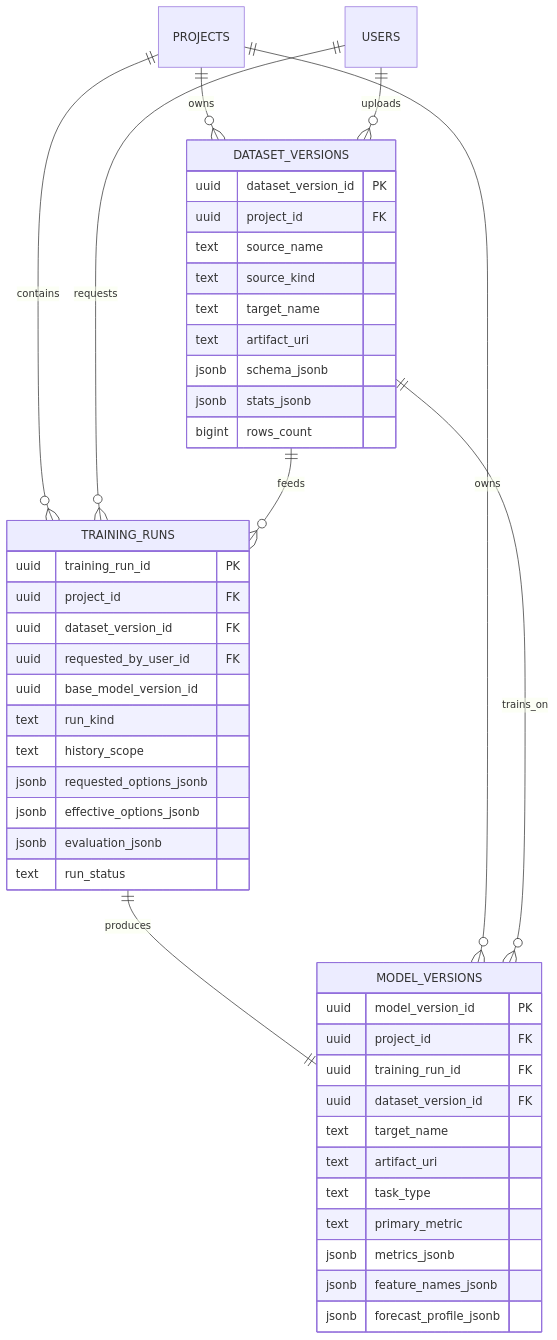
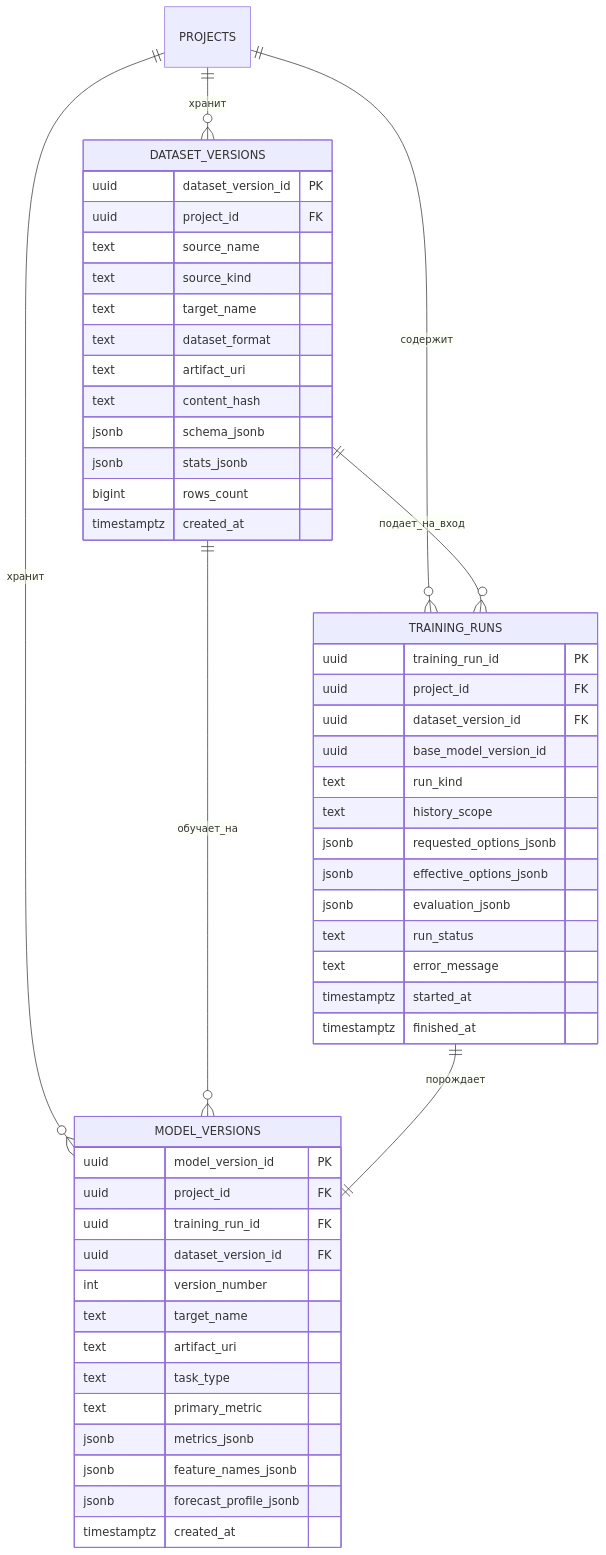
Before and after one commit to Maronari/AdaptiveML-DSS: the second of 3 diagrams in docs/database.md, drawn with Mermaid. The commit also changed other lines of this file and 17 other files, not shown here.

Commit message:
feat: update UI; update DB schema

````diff
--- a/docs/database.md
+++ b/docs/database.md
@@ -101,51 +76,56 @@
 ```mermaid
 erDiagram
-    PROJECTS ||--o{ DATASET_VERSIONS : owns
-    USERS ||--o{ DATASET_VERSIONS : uploads
-    PROJECTS ||--o{ TRAINING_RUNS : contains
-    USERS ||--o{ TRAINING_RUNS : requests
-    DATASET_VERSIONS ||--o{ TRAINING_RUNS : feeds
-    TRAINING_RUNS ||--|| MODEL_VERSIONS : produces
-    PROJECTS ||--o{ MODEL_VERSIONS : owns
-    DATASET_VERSIONS ||--o{ MODEL_VERSIONS : trains_on
+    PROJECTS ||--o{ DATASET_VERSIONS : хранит
+    PROJECTS ||--o{ TRAINING_RUNS : содержит
+    PROJECTS ||--o{ MODEL_VERSIONS : хранит
+    DATASET_VERSIONS ||--o{ TRAINING_RUNS : подает_на_вход
+    DATASET_VERSIONS ||--o{ MODEL_VERSIONS : обучает_на
+    TRAINING_RUNS ||--|| MODEL_VERSIONS : порождает
 
     DATASET_VERSIONS {
         uuid dataset_version_id PK
         uuid project_id FK
         text source_name
         text source_kind
         text target_name
+        text dataset_format
         text artifact_uri
+        text content_hash
         jsonb schema_jsonb
         jsonb stats_jsonb
         bigint rows_count
+        timestamptz created_at
     }
 
     TRAINING_RUNS {
         uuid training_run_id PK
         uuid project_id FK
         uuid dataset_version_id FK
-        uuid requested_by_user_id FK
         uuid base_model_version_id
         text run_kind
         text history_scope
         jsonb requested_options_jsonb
         jsonb effective_options_jsonb
         jsonb evaluation_jsonb
         text run_status
+        text error_message
+        timestamptz started_at
+        timestamptz finished_at
     }
 
     MODEL_VERSIONS {
         uuid model_version_id PK
         uuid project_id FK
         uuid training_run_id FK
         uuid dataset_version_id FK
+        int version_number
         text target_name
         text artifact_uri
         text task_type
         text primary_metric
         jsonb metrics_jsonb
         jsonb feature_names_jsonb
         jsonb forecast_profile_jsonb
+        timestamptz created_at
     }
 ```
````
